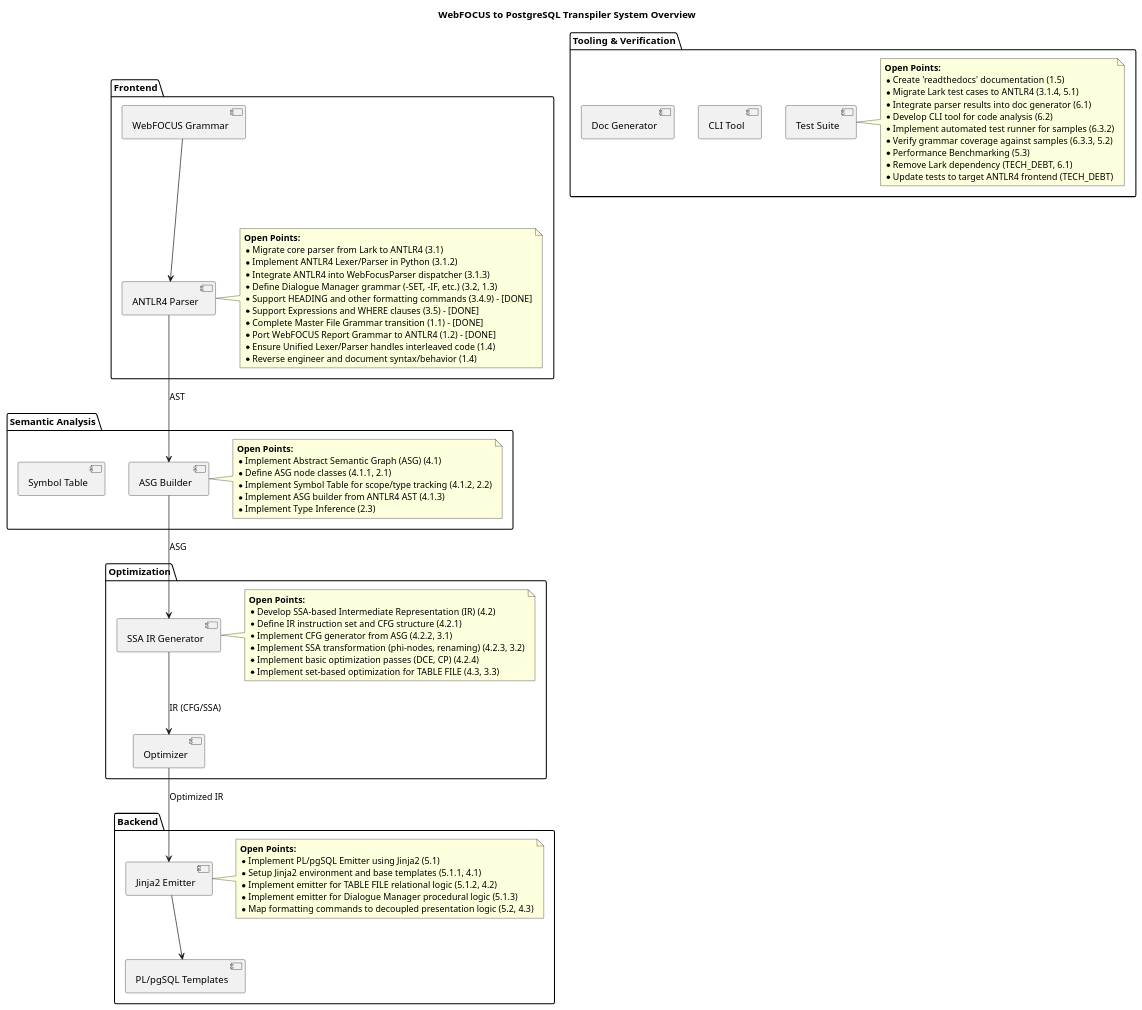
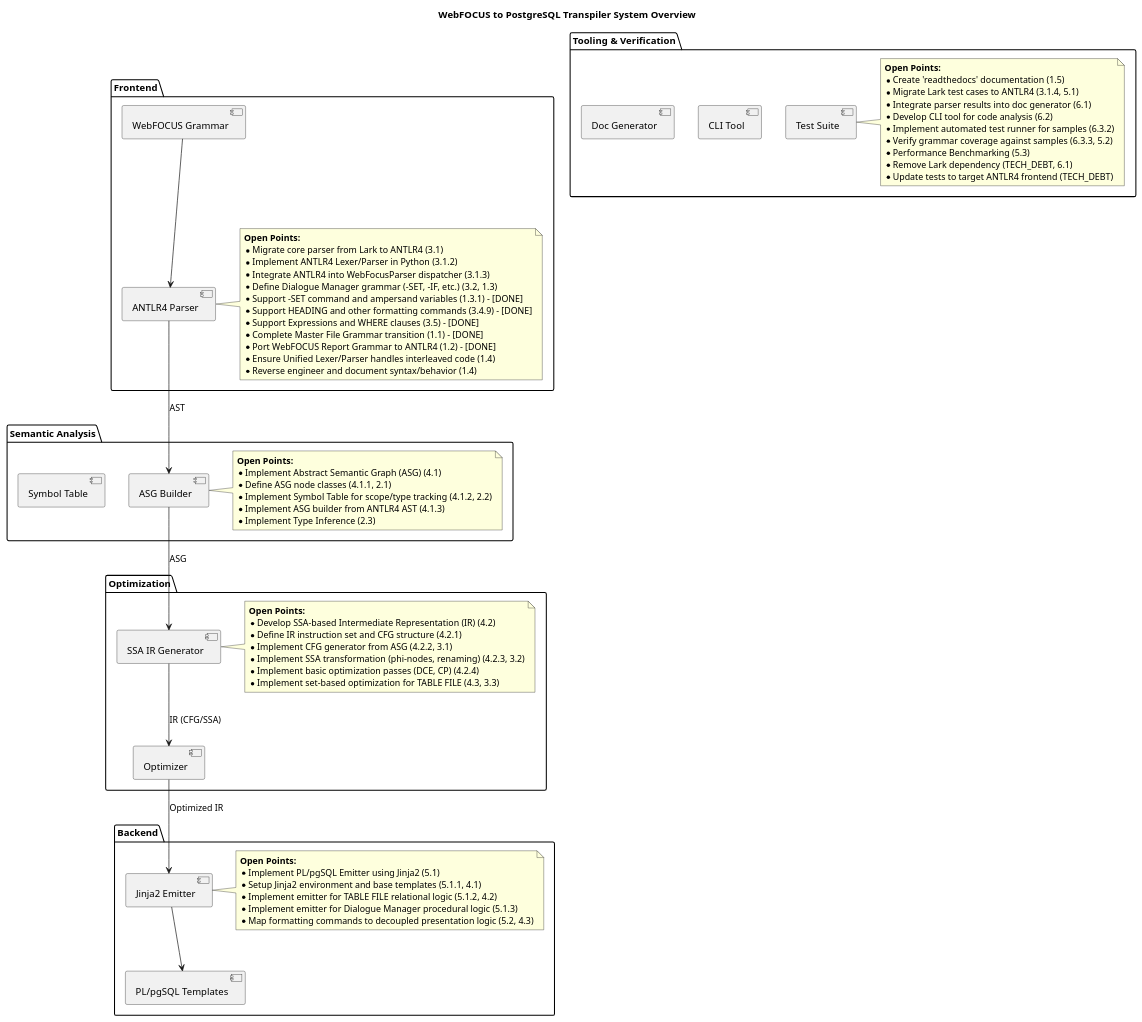
Before and after one commit to chatelao/web-focus-benf: the diagram in SYSTEM_OVERVIEW.plantuml, drawn with PlantUML. The commit also changed 12 other files, not shown here.

First line of the commit message:
Implement Dialogue Manager -SET command and ampersand variables

```diff
--- a/SYSTEM_OVERVIEW.plantuml
+++ b/SYSTEM_OVERVIEW.plantuml
@@ -1,89 +1,90 @@
 @startuml
 skinparam componentStyle uml2
 
 title WebFOCUS to PostgreSQL Transpiler System Overview
 
 package "Frontend" {
     [ANTLR4 Parser] as Parser
     [WebFOCUS Grammar] as Grammar
     note right of Parser
         **Open Points:**
         * Migrate core parser from Lark to ANTLR4 (3.1)
         * Implement ANTLR4 Lexer/Parser in Python (3.1.2)
         * Integrate ANTLR4 into WebFocusParser dispatcher (3.1.3)
         * Define Dialogue Manager grammar (-SET, -IF, etc.) (3.2, 1.3)
+        * Support -SET command and ampersand variables (1.3.1) - [DONE]
         * Support HEADING and other formatting commands (3.4.9) - [DONE]
         * Support Expressions and WHERE clauses (3.5) - [DONE]
         * Complete Master File Grammar transition (1.1) - [DONE]
         * Port WebFOCUS Report Grammar to ANTLR4 (1.2) - [DONE]
         * Ensure Unified Lexer/Parser handles interleaved code (1.4)
         * Reverse engineer and document syntax/behavior (1.4)
     end note
 }
 
 package "Semantic Analysis" {
     [ASG Builder] as ASGBuilder
     [Symbol Table] as SymbolTable
     note right of ASGBuilder
         **Open Points:**
         * Implement Abstract Semantic Graph (ASG) (4.1)
         * Define ASG node classes (4.1.1, 2.1)
         * Implement Symbol Table for scope/type tracking (4.1.2, 2.2)
         * Implement ASG builder from ANTLR4 AST (4.1.3)
         * Implement Type Inference (2.3)
     end note
 }
 
 package "Optimization" {
     [SSA IR Generator] as IRGen
     [Optimizer] as Optimizer
     note right of IRGen
         **Open Points:**
         * Develop SSA-based Intermediate Representation (IR) (4.2)
         * Define IR instruction set and CFG structure (4.2.1)
         * Implement CFG generator from ASG (4.2.2, 3.1)
         * Implement SSA transformation (phi-nodes, renaming) (4.2.3, 3.2)
         * Implement basic optimization passes (DCE, CP) (4.2.4)
         * Implement set-based optimization for TABLE FILE (4.3, 3.3)
     end note
 }
 
 package "Backend" {
     [Jinja2 Emitter] as Emitter
     [PL/pgSQL Templates] as Templates
     note right of Emitter
         **Open Points:**
         * Implement PL/pgSQL Emitter using Jinja2 (5.1)
         * Setup Jinja2 environment and base templates (5.1.1, 4.1)
         * Implement emitter for TABLE FILE relational logic (5.1.2, 4.2)
         * Implement emitter for Dialogue Manager procedural logic (5.1.3)
         * Map formatting commands to decoupled presentation logic (5.2, 4.3)
     end note
 }
 
 package "Tooling & Verification" {
     [CLI Tool] as CLI
     [Test Suite] as Tests
     [Doc Generator] as DocGen
     note right of Tests
         **Open Points:**
         * Create 'readthedocs' documentation (1.5)
         * Migrate Lark test cases to ANTLR4 (3.1.4, 5.1)
         * Integrate parser results into doc generator (6.1)
         * Develop CLI tool for code analysis (6.2)
         * Implement automated test runner for samples (6.3.2)
         * Verify grammar coverage against samples (6.3.3, 5.2)
         * Performance Benchmarking (5.3)
         * Remove Lark dependency (TECH_DEBT, 6.1)
         * Update tests to target ANTLR4 frontend (TECH_DEBT)
     end note
 }
 
 Grammar --> Parser
 Parser --> ASGBuilder : AST
 ASGBuilder --> IRGen : ASG
 IRGen --> Optimizer : IR (CFG/SSA)
 Optimizer --> Emitter : Optimized IR
 Emitter --> Templates
 
 @enduml
```
